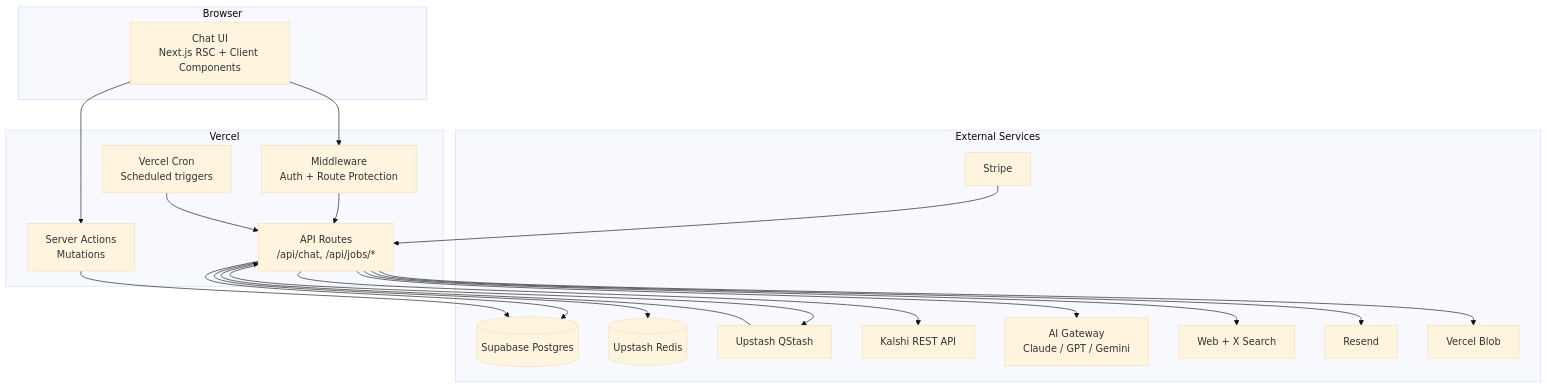
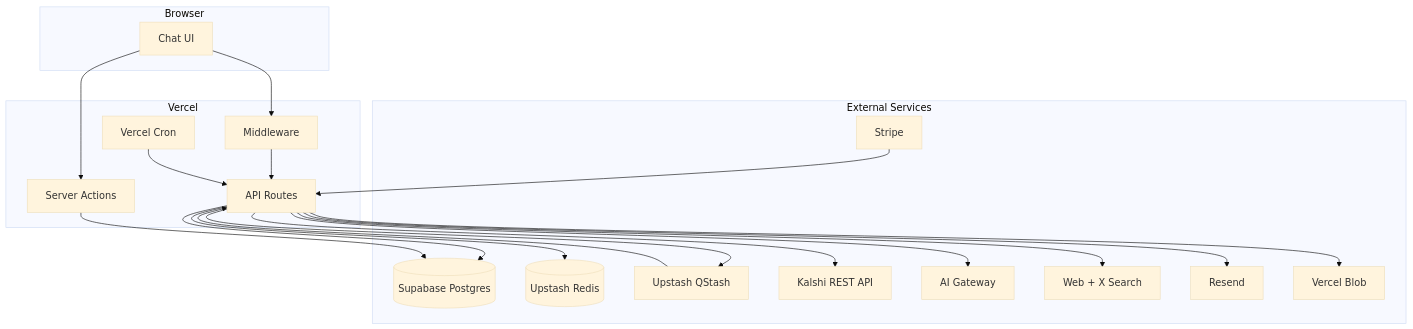
The first of 8 diagrams in kalshi-saas/docs/ARCH.md (operator-auteng-ai/quantreno), drawn with Mermaid (base theme) before and after one commit. The commit also changed other lines of this file, not shown here.

First line of the commit message:
Fix Mermaid parse errors in ARCH.md

````diff
--- a/kalshi-saas/docs/ARCH.md
+++ b/kalshi-saas/docs/ARCH.md
@@ -29,40 +29,40 @@
 ```mermaid
 graph TB
     subgraph Client ["Browser"]
-        UI[Chat UI<br/>Next.js RSC + Client Components]
+        UI["Chat UI"]
     end
 
     subgraph Vercel ["Vercel"]
-        MW[Middleware<br/>Auth + Route Protection]
-        API[API Routes<br/>/api/chat, /api/jobs/*]
-        SA[Server Actions<br/>Mutations]
-        CRON[Vercel Cron<br/>Scheduled triggers]
+        MW["Middleware"]
+        API["API Routes"]
+        SA["Server Actions"]
+        CRON["Vercel Cron"]
     end
 
     subgraph External ["External Services"]
-        SUPA[(Supabase Postgres)]
-        REDIS[(Upstash Redis)]
-        QSTASH[Upstash QStash]
-        KALSHI[Kalshi REST API]
-        AIGATE[AI Gateway<br/>Claude / GPT / Gemini]
-        SEARCH[Web + X Search]
-        STRIPE[Stripe]
-        EMAIL[Resend]
-        BLOB[Vercel Blob]
+        SUPA[("Supabase Postgres")]
+        REDIS[("Upstash Redis")]
+        QSTASH["Upstash QStash"]
+        KALSHI["Kalshi REST API"]
+        AIGATE["AI Gateway"]
+        SEARCH["Web + X Search"]
+        STRIPE["Stripe"]
+        EMAIL["Resend"]
+        BLOB["Vercel Blob"]
     end
 
     UI --> MW --> API
     UI --> SA
     API --> SUPA
     API --> REDIS
     API --> KALSHI
     API --> AIGATE
     API --> SEARCH
     API --> BLOB
     SA --> SUPA
     CRON --> API
     API --> QSTASH
     QSTASH --> API
     STRIPE --> API
     API --> EMAIL
 ```
````
